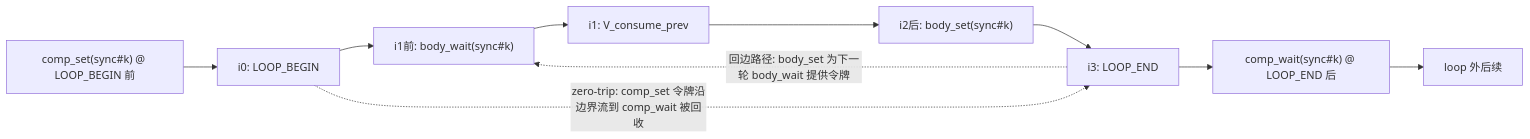
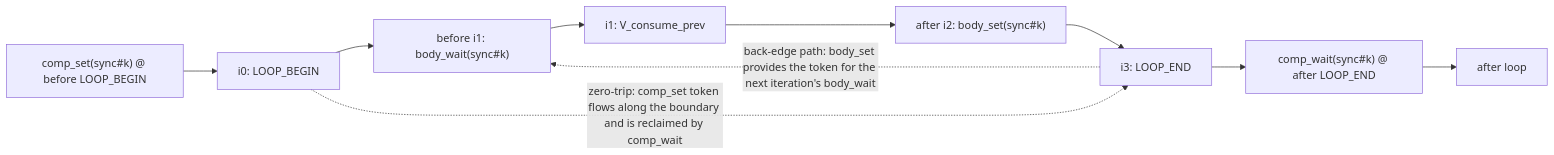
The eighth of 8 diagrams in docs/designs/ptoas-auto-sync-design.md (afshinarefi/PTOAS_Markham), drawn with Mermaid before and after one commit. The commit also changed other lines of this file and 20 other files, not shown here.

````diff
--- a/docs/designs/ptoas-auto-sync-design.md
+++ b/docs/designs/ptoas-auto-sync-design.md
@@ -726,15 +649,15 @@
 ```mermaid
 flowchart LR
-  CS["comp_set(sync#k) @ LOOP_BEGIN 前"]
+  CS["comp_set(sync#k) @ before LOOP_BEGIN"]
   B1["i0: LOOP_BEGIN"]
-  BW2["i1前: body_wait(sync#k)"]
+  BW2["before i1: body_wait(sync#k)"]
   V2["i1: V_consume_prev"]
-  BS2["i2后: body_set(sync#k)"]
+  BS2["after i2: body_set(sync#k)"]
   E1["i3: LOOP_END"]
-  CW["comp_wait(sync#k) @ LOOP_END 后"]
-  OUT["loop 外后续"]
+  CW["comp_wait(sync#k) @ after LOOP_END"]
+  OUT["after loop"]
 
   CS --> B1 --> BW2 --> V2 --> BS2 --> E1 --> CW --> OUT
-  B1 -. "zero-trip: comp_set 令牌沿边界流到 comp_wait 被回收" .-> E1
-  E1 -. "回边路径: body_set 为下一轮 body_wait 提供令牌" .-> BW2
+  B1 -. "zero-trip: comp_set token flows along the boundary and is reclaimed by comp_wait" .-> E1
+  E1 -. "back-edge path: body_set provides the token for the next iteration's body_wait" .-> BW2
 ```
````
